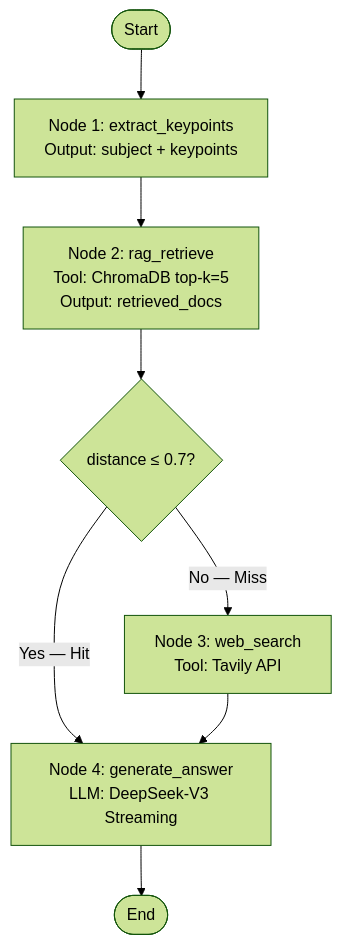
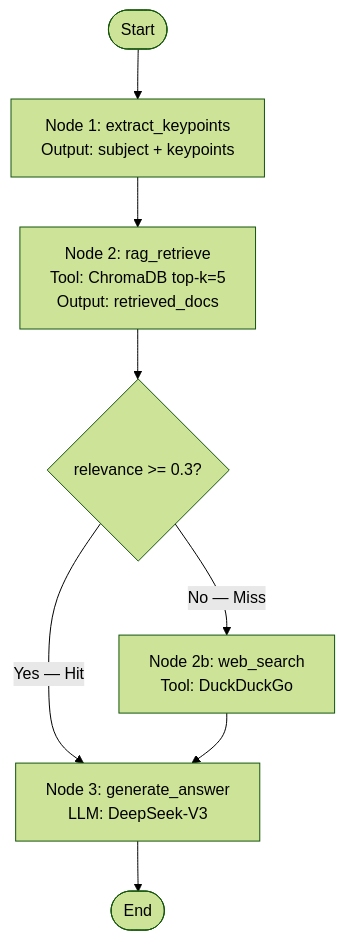
One commit to chipfighter/gaokao_tutor changed the second of 3 diagrams in docs/architecture/DIAGRAMS.md. Above: the diagram before and after it, drawn with Mermaid (forest theme). The commit also changed other lines of this file and 4 other files, not shown here.

````diff
--- a/docs/architecture/DIAGRAMS.md
+++ b/docs/architecture/DIAGRAMS.md
@@ -81,16 +50,16 @@
 ```mermaid
 graph TD
     A_START([Start]) --> N1["Node 1: extract_keypoints<br/>Output: subject + keypoints"]
 
     N1 --> N2["Node 2: rag_retrieve<br/>Tool: ChromaDB top-k=5<br/>Output: retrieved_docs"]
 
-    N2 --> COND{distance ≤ 0.7?}
+    N2 --> COND{relevance >= 0.3?}
 
-    COND -->|Yes — Hit| N4["Node 4: generate_answer<br/>LLM: DeepSeek-V3 Streaming"]
+    COND -->|Yes — Hit| N4["Node 3: generate_answer<br/>LLM: DeepSeek-V3"]
 
-    COND -->|No — Miss| N3["Node 3: web_search<br/>Tool: Tavily API"]
+    COND -->|No — Miss| N3["Node 2b: web_search<br/>Tool: DuckDuckGo"]
 
     N3 --> N4
 
     N4 --> A_END([End])
 ```
````
